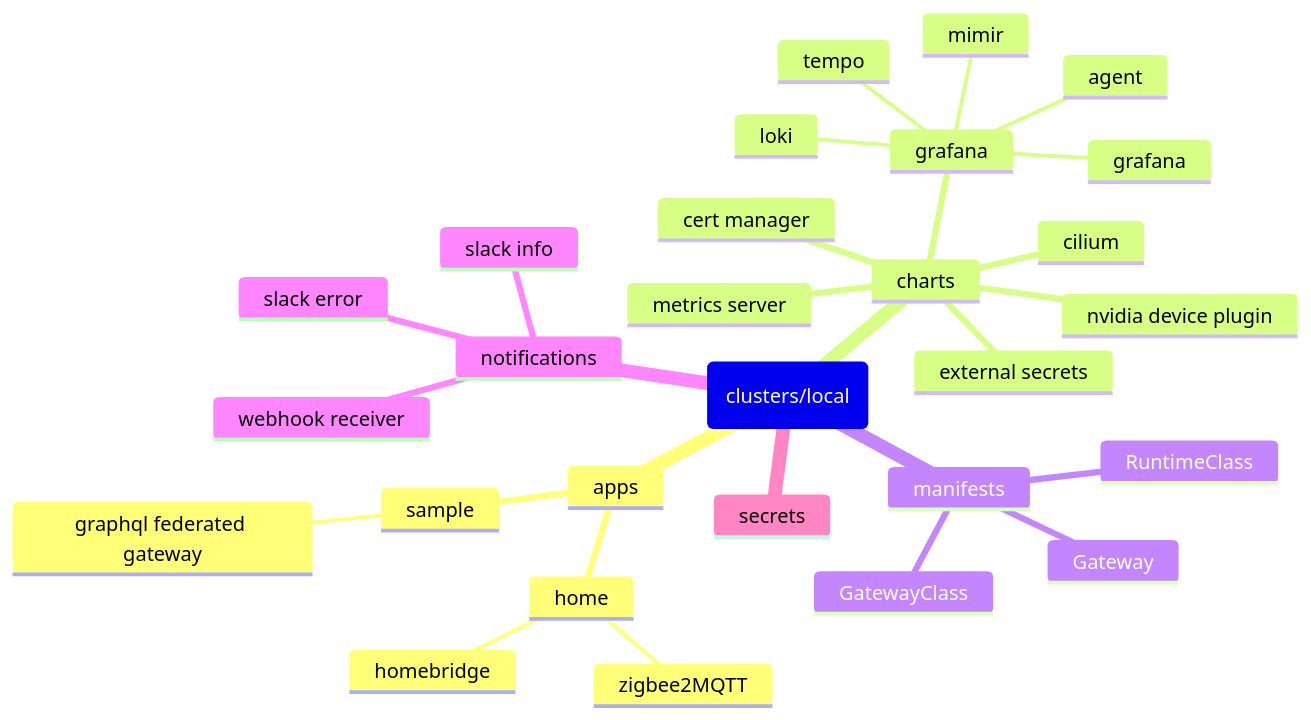
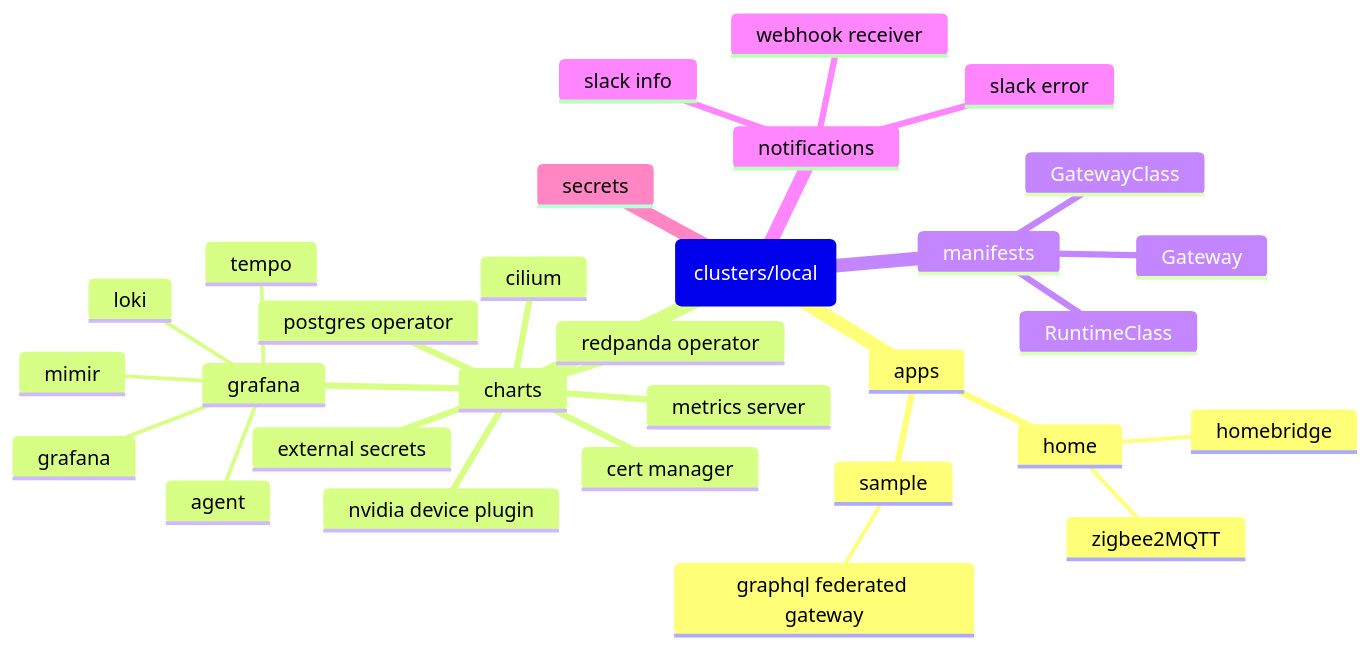
Before and after one commit to dudo/turing-pi: the diagram in README.md, drawn with Mermaid. The commit also changed 16 other files, not shown here.

Commit message:
add postgres and redpanda

````diff
--- a/README.md
+++ b/README.md
@@ -13,31 +13,33 @@
 ```mermaid
 mindmap
   root(clusters/local)
     apps
       home
         homebridge
         zigbee2MQTT
       sample
         graphql federated gateway
     charts
       cert manager
       cilium
       external secrets
       grafana
         agent
         grafana
         loki
         mimir
         tempo
       metrics server
       nvidia device plugin
+      postgres operator
+      redpanda operator
     manifests
       GatewayClass
       Gateway
       RuntimeClass
     notifications
       slack error
       slack info
       webhook receiver
     secrets
 ```
````
